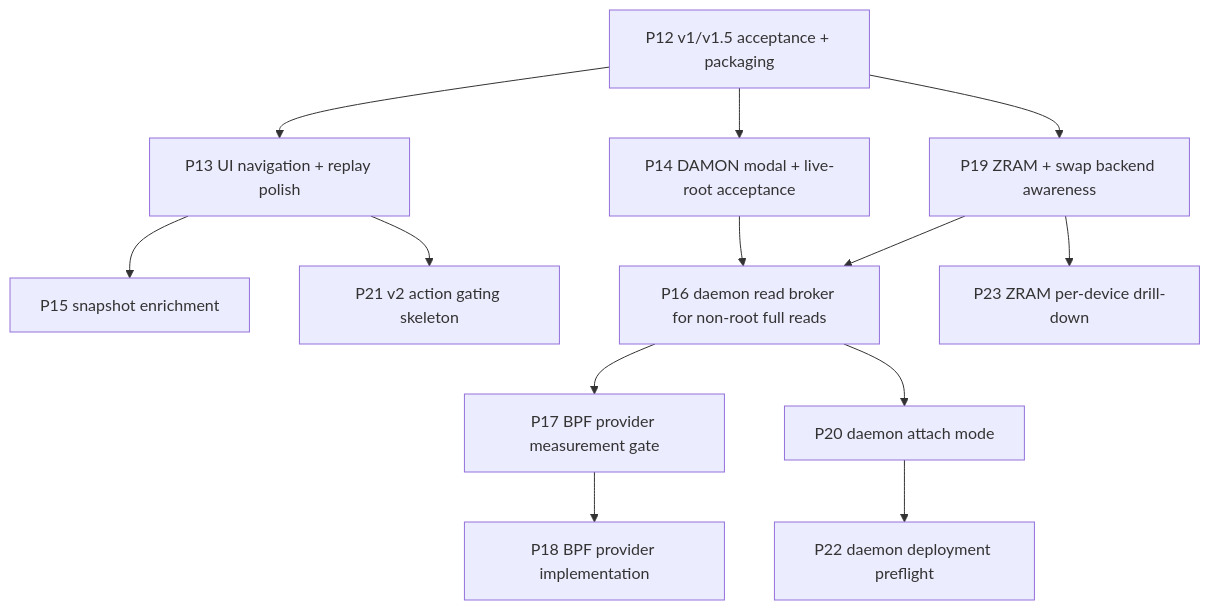
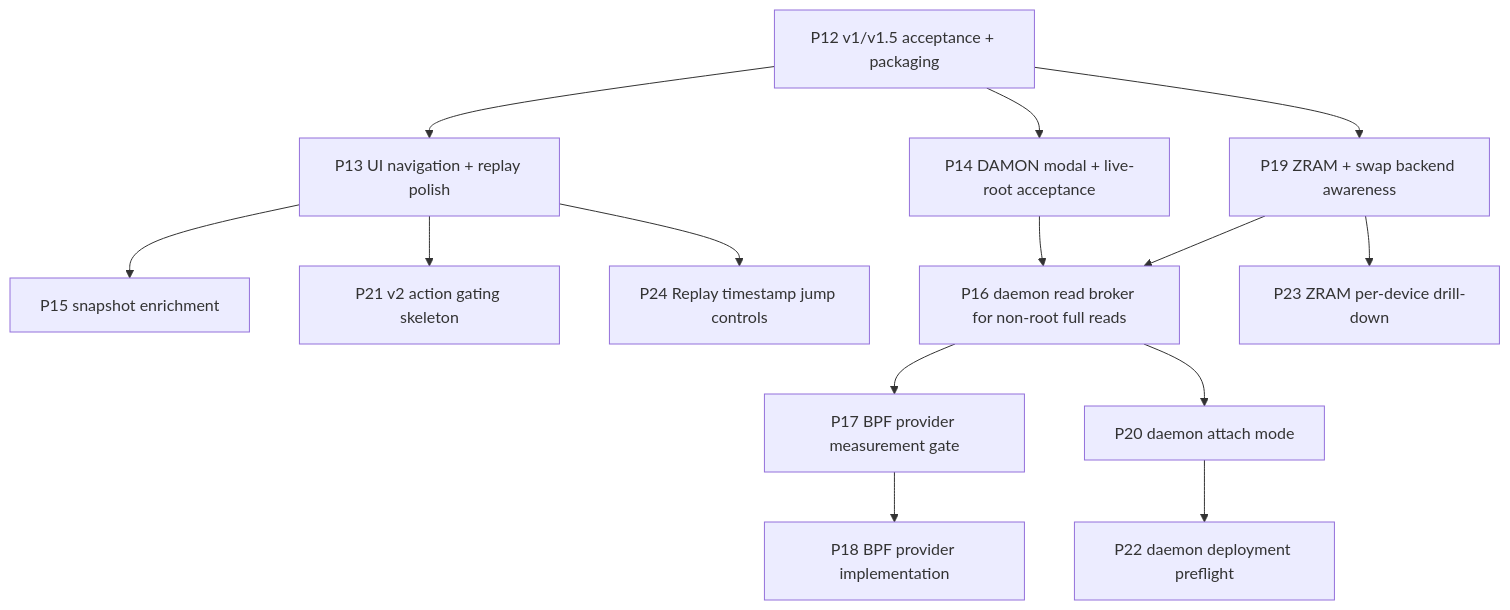
Before and after one commit to volkb79-2/vbpub: the diagram in groop/docs/ROADMAP.md, drawn with Mermaid. The commit also changed other lines of this file and 2 other files, not shown here.

Commit message:
docs(groop): carve P24 replay jump handoff

````diff
--- a/groop/docs/ROADMAP.md
+++ b/groop/docs/ROADMAP.md
@@ -27,15 +27,16 @@
 ```mermaid
 flowchart TD
     P12[P12 v1/v1.5 acceptance + packaging] --> P13[P13 UI navigation + replay polish]
     P12 --> P14[P14 DAMON modal + live-root acceptance]
     P13 --> P15[P15 snapshot enrichment]
     P12 --> P19[P19 ZRAM + swap backend awareness]
     P19 --> P16[P16 daemon read broker for non-root full reads]
     P14 --> P16
     P16 --> P17[P17 BPF provider measurement gate]
     P17 --> P18[P18 BPF provider implementation]
     P16 --> P20[P20 daemon attach mode]
     P20 --> P22[P22 daemon deployment preflight]
     P13 --> P21[P21 v2 action gating skeleton]
     P19 --> P23[P23 ZRAM per-device drill-down]
+    P13 --> P24[P24 Replay timestamp jump controls]
 ```
````
